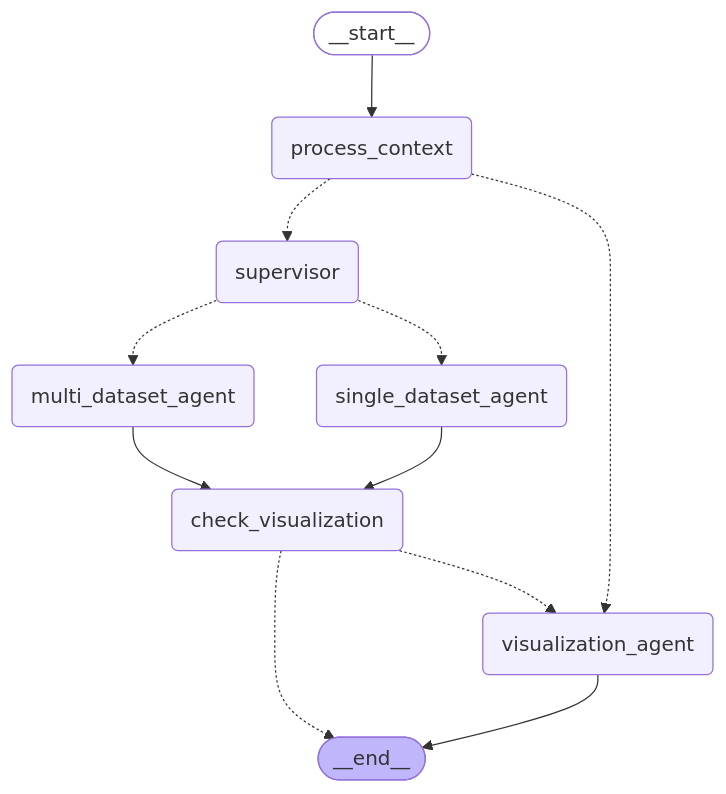
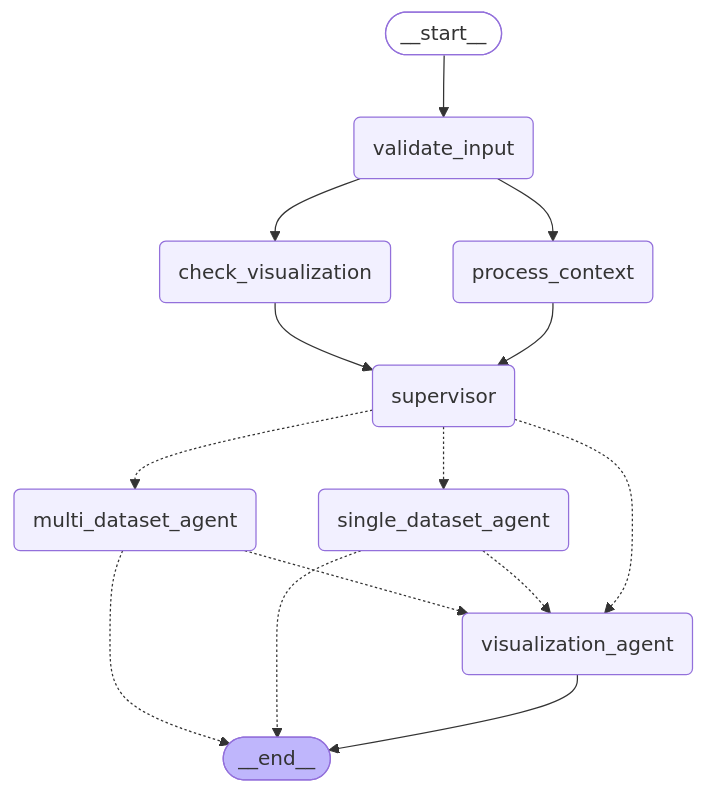
The diagram in chat-server/app/workflow/graph/graph_mermaid/agent_graph.mmd (factly/gopie), drawn with Mermaid before and after one commit. The commit also changed 7 other files, not shown here.

```diff
--- a/chat-server/app/workflow/graph/graph_mermaid/agent_graph.mmd
+++ b/chat-server/app/workflow/graph/graph_mermaid/agent_graph.mmd
@@ -1,27 +1,31 @@
 ---
 config:
   flowchart:
     curve: basis
 ---
 graph TD;
 	__start__([<p>__start__</p>]):::first
+	validate_input(validate_input)
 	process_context(process_context)
 	supervisor(supervisor)
 	multi_dataset_agent(multi_dataset_agent)
 	single_dataset_agent(single_dataset_agent)
 	visualization_agent(visualization_agent)
 	check_visualization(check_visualization)
 	__end__([<p>__end__</p>]):::last
-	__start__ --> process_context;
-	check_visualization -.-> __end__;
-	check_visualization -.-> visualization_agent;
-	multi_dataset_agent --> check_visualization;
-	process_context -.-> supervisor;
-	process_context -.-> visualization_agent;
-	single_dataset_agent --> check_visualization;
+	__start__ --> validate_input;
+	check_visualization --> supervisor;
+	multi_dataset_agent -.-> __end__;
+	multi_dataset_agent -.-> visualization_agent;
+	process_context --> supervisor;
+	single_dataset_agent -.-> __end__;
+	single_dataset_agent -.-> visualization_agent;
 	supervisor -.-> multi_dataset_agent;
 	supervisor -.-> single_dataset_agent;
+	supervisor -.-> visualization_agent;
+	validate_input --> check_visualization;
+	validate_input --> process_context;
 	visualization_agent --> __end__;
 	classDef default fill:#f2f0ff,line-height:1.2
 	classDef first fill-opacity:0
 	classDef last fill:#bfb6fc
```
